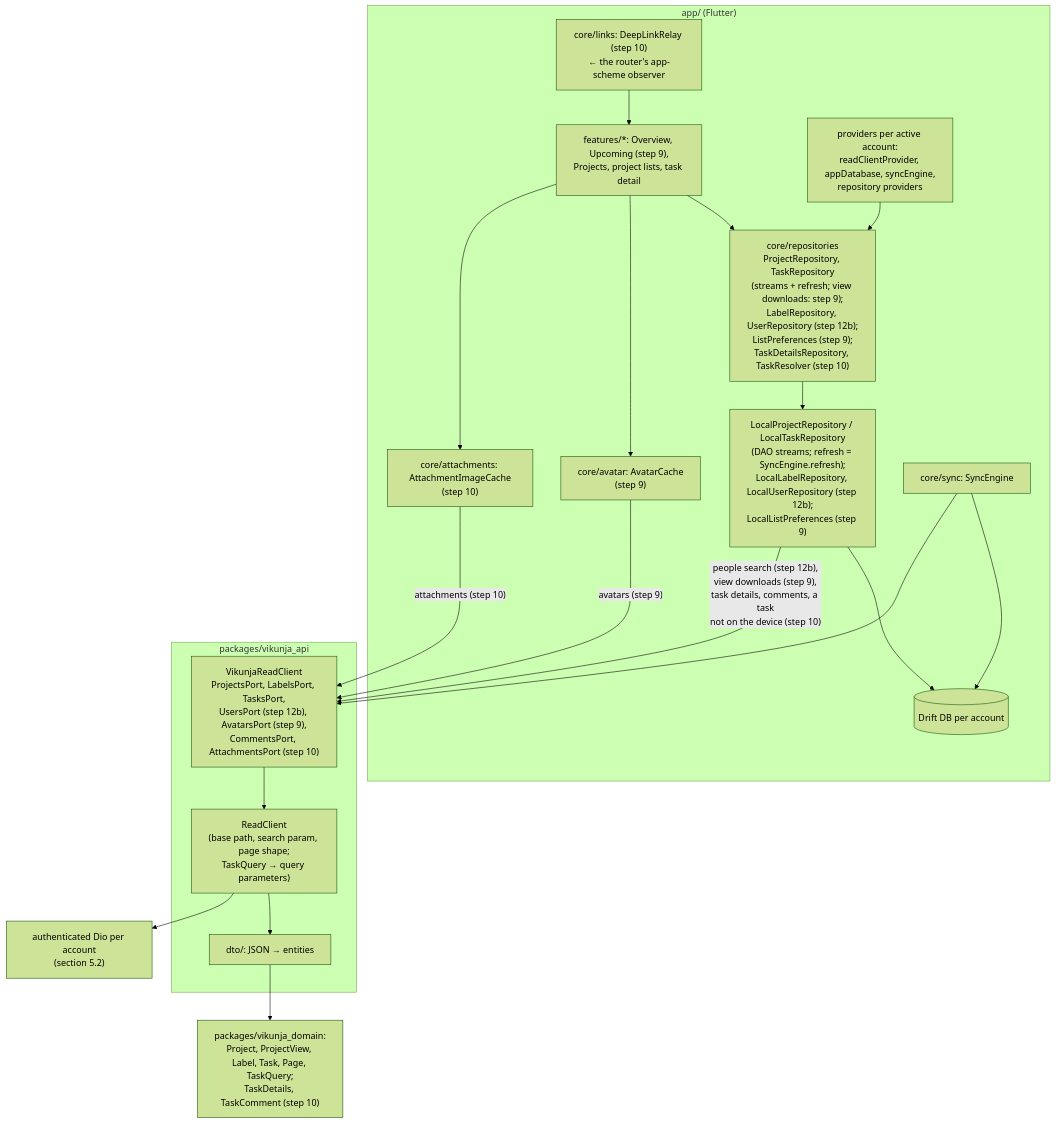
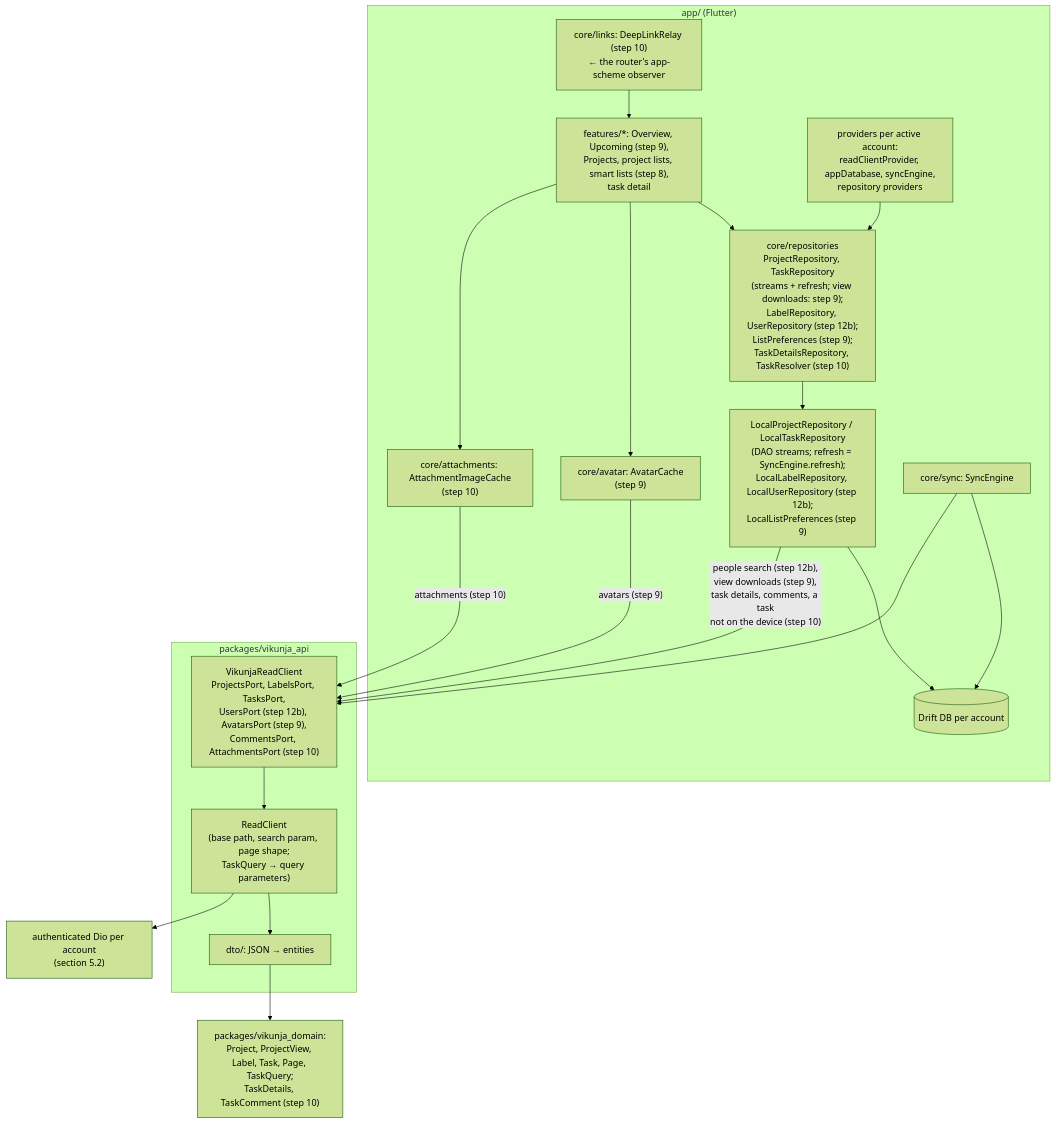
The fifth of 11 diagrams in docs/architecture.md (coderoftime/vikunja-app-ci-test), drawn with Mermaid (forest theme) before and after one commit. The commit also changed other lines of this file and 115 other files, not shown here.

First line of the commit message:
feat: shell polish, web display settings, smart lists and offline banner

````diff
--- a/docs/architecture.md
+++ b/docs/architecture.md
@@ -412,23 +413,23 @@
 ```mermaid
 flowchart TD
   subgraph APP["app/ (Flutter)"]
-    UI["features/*: Overview, Upcoming (step 9),<br/>Projects, project lists, task detail"] --> REPO["core/repositories<br/>ProjectRepository, TaskRepository<br/>(streams + refresh; view downloads: step 9);<br/>LabelRepository, UserRepository (step 12b);<br/>ListPreferences (step 9);<br/>TaskDetailsRepository, TaskResolver (step 10)"]
+    UI["features/*: Overview, Upcoming (step 9),<br/>Projects, project lists, smart lists (step 8),<br/>task detail"] --> REPO["core/repositories<br/>ProjectRepository, TaskRepository<br/>(streams + refresh; view downloads: step 9);<br/>LabelRepository, UserRepository (step 12b);<br/>ListPreferences (step 9);<br/>TaskDetailsRepository, TaskResolver (step 10)"]
     UI --> AVATARS["core/avatar: AvatarCache<br/>(step 9)"]
     UI --> IMAGES["core/attachments: AttachmentImageCache<br/>(step 10)"]
     LINKS["core/links: DeepLinkRelay (step 10)<br/>← the router's app-scheme observer"] --> UI
     PROV["providers per active account:<br/>readClientProvider, appDatabase, syncEngine,<br/>repository providers"] --> REPO
     REPO --> LOCAL["LocalProjectRepository / LocalTaskRepository<br/>(DAO streams; refresh = SyncEngine.refresh);<br/>LocalLabelRepository, LocalUserRepository (step 12b);<br/>LocalListPreferences (step 9)"]
     LOCAL --> DB[("Drift DB per account")]
     SYNC["core/sync: SyncEngine"] --> DB
   end
   subgraph API["packages/vikunja_api"]
     PORTS["VikunjaReadClient<br/>ProjectsPort, LabelsPort, TasksPort,<br/>UsersPort (step 12b), AvatarsPort (step 9),<br/>CommentsPort, AttachmentsPort (step 10)"] --> RC["ReadClient<br/>(base path, search param, page shape;<br/>TaskQuery → query parameters)"]
     RC --> DTO["dto/: JSON → entities"]
   end
   SYNC --> PORTS
   LOCAL -- "people search (step 12b),<br/>view downloads (step 9),<br/>task details, comments, a task<br/>not on the device (step 10)" --> PORTS
   AVATARS -- "avatars (step 9)" --> PORTS
   IMAGES -- "attachments (step 10)" --> PORTS
   RC --> DIO["authenticated Dio per account<br/>(section 5.2)"]
   DTO --> DOM["packages/vikunja_domain:<br/>Project, ProjectView, Label, Task, Page, TaskQuery;<br/>TaskDetails, TaskComment (step 10)"]
 ```
````
